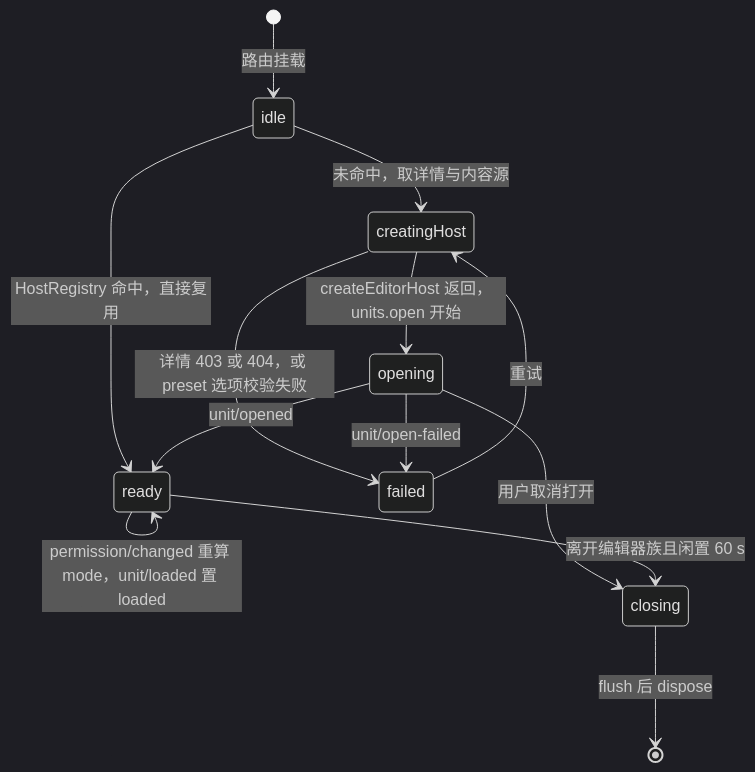
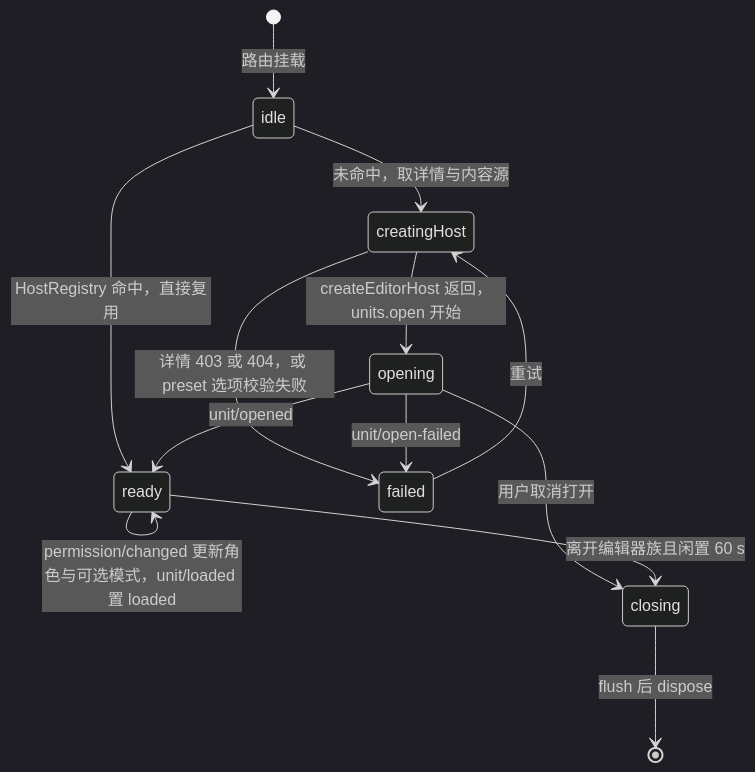
One commit to Xeonice/cordis-ppt-editor changed the fifth of 8 diagrams in docs/50-frontend/02-app-shell-routing-and-session.md. Above: the diagram before and after it, drawn with Mermaid (dark theme). The commit also changed other lines of this file and 31 other files, not shown here.

````diff
--- a/docs/50-frontend/02-app-shell-routing-and-session.md
+++ b/docs/50-frontend/02-app-shell-routing-and-session.md
@@ -275,15 +275,15 @@
 ```mermaid
 stateDiagram-v2
   [*] --> idle: 路由挂载
   idle --> ready: HostRegistry 命中，直接复用
   idle --> creatingHost: 未命中，取详情与内容源
   creatingHost --> opening: createEditorHost 返回，units.open 开始
   creatingHost --> failed: 详情 403 或 404，或 preset 选项校验失败
   opening --> ready: unit/opened
   opening --> failed: unit/open-failed
   opening --> closing: 用户取消打开
-  ready --> ready: permission/changed 重算 mode，unit/loaded 置 loaded
+  ready --> ready: permission/changed 更新角色与可选模式，unit/loaded 置 loaded
   failed --> creatingHost: 重试
   ready --> closing: 离开编辑器族且闲置 60 s
   closing --> [*]: flush 后 dispose
 ```
````
